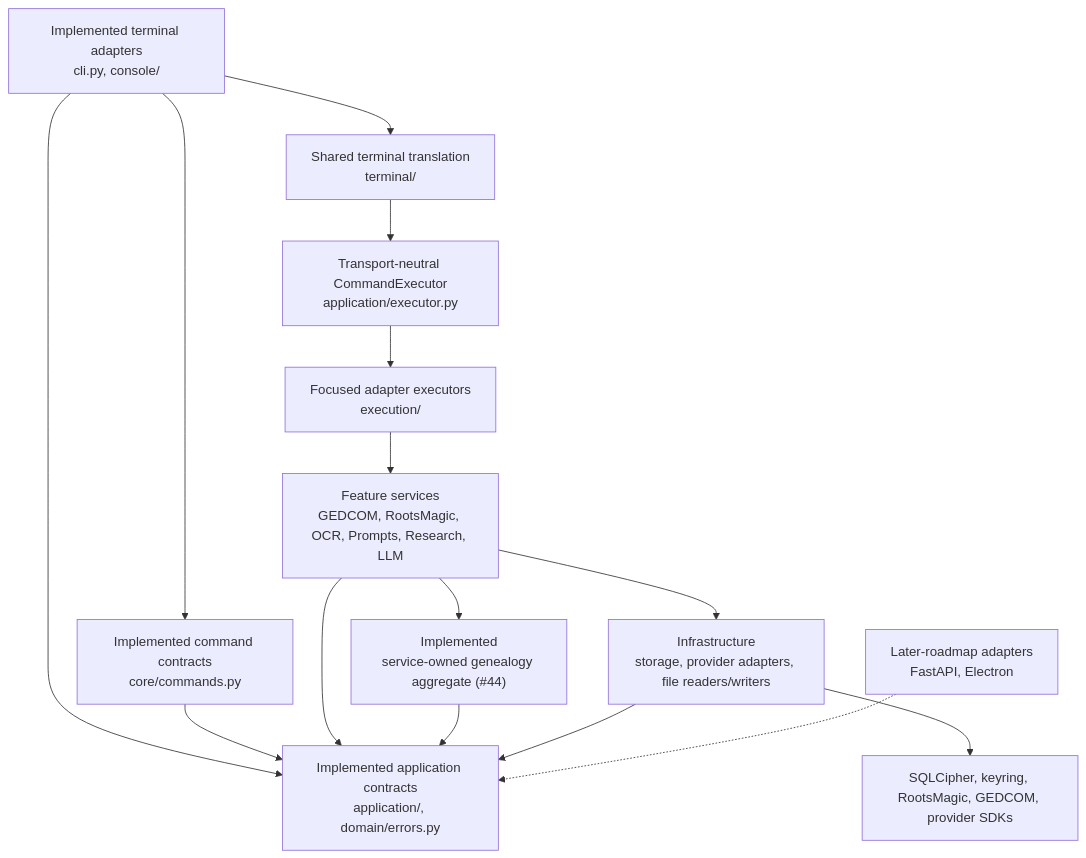
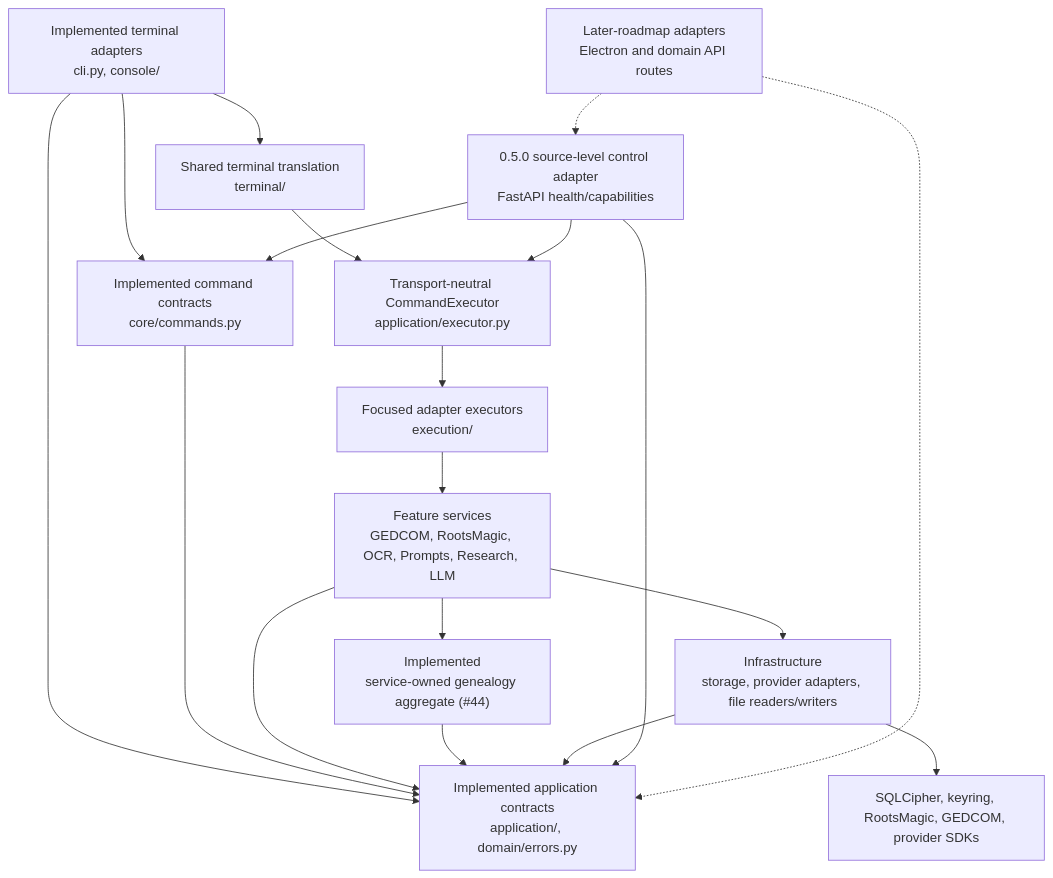
The second of 3 diagrams in ARCHITECTURE.md (sodejm/AncestryLLM), drawn with Mermaid before and after one commit. The commit also changed other lines of this file and 24 other files, not shown here.

Commit message:
feat(api): add authenticated internal control foundation

````diff
--- a/ARCHITECTURE.md
+++ b/ARCHITECTURE.md
@@ -157,29 +167,34 @@
 ```mermaid
 flowchart TB
     Adapters["Implemented terminal adapters\ncli.py, console/"]
     Terminal["Shared terminal translation\nterminal/"]
     Specs["Implemented command contracts\ncore/commands.py"]
     Contracts["Implemented application contracts\napplication/, domain/errors.py"]
     Executor["Transport-neutral CommandExecutor\napplication/executor.py"]
     Handlers["Focused adapter executors\nexecution/"]
     App["Feature services\nGEDCOM, RootsMagic, OCR, Prompts, Research, LLM"]
     Aggregate["Implemented\nservice-owned genealogy aggregate (#44)"]
     Infra["Infrastructure\nstorage, provider adapters, file readers/writers"]
     External["SQLCipher, keyring, RootsMagic, GEDCOM, provider SDKs"]
-    Future["Later-roadmap adapters\nFastAPI, Electron"]
+    ControlAPI["0.5.0 source-level control adapter\nFastAPI health/capabilities"]
+    Future["Later-roadmap adapters\nElectron and domain API routes"]
 
     Adapters --> Specs
     Adapters --> Contracts
     Adapters --> Terminal
     Terminal --> Executor
     Executor --> Handlers
     Handlers --> App
     Specs --> Contracts
     App --> Contracts
     App --> Infra
     App --> Aggregate
     Aggregate --> Contracts
     Infra --> Contracts
     Infra --> External
+    ControlAPI --> Specs
+    ControlAPI --> Contracts
+    ControlAPI --> Executor
+    Future -.-> ControlAPI
     Future -.-> Contracts
 ```
````
